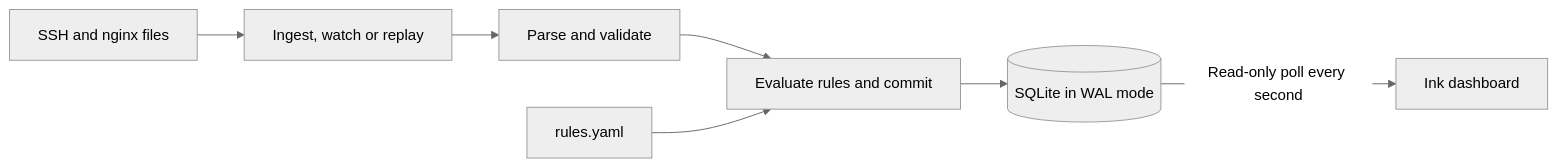
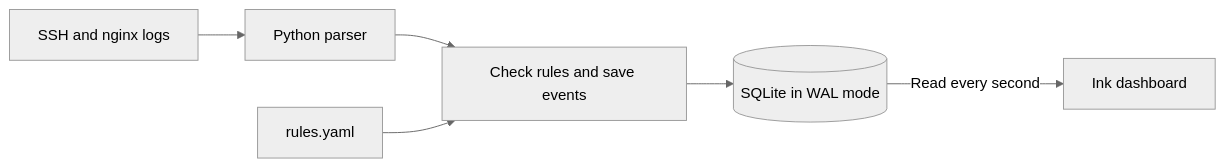
One commit to 1llusionfx/SIEM-TUI changed the diagram in README.md. Above: the diagram before and after it, drawn with Mermaid (neutral theme). The commit also changed other lines of this file and 4 other files, not shown here.

````diff
--- a/README.md
+++ b/README.md
@@ -25,9 +65,8 @@
 ```mermaid
 flowchart LR
-    logs["SSH and nginx files"] --> reader["Ingest, watch or replay"]
-    reader --> parser["Parse and validate"]
-    parser --> writer["Evaluate rules and commit"]
+    logs["SSH and nginx logs"] --> parser["Python parser"]
+    parser --> writer["Check rules and save events"]
     rules["rules.yaml"] --> writer
     writer --> db[("SQLite in WAL mode")]
-    db -->|Read-only poll every second| tui["Ink dashboard"]
+    db -->|Read every second| tui["Ink dashboard"]
 ```
````
